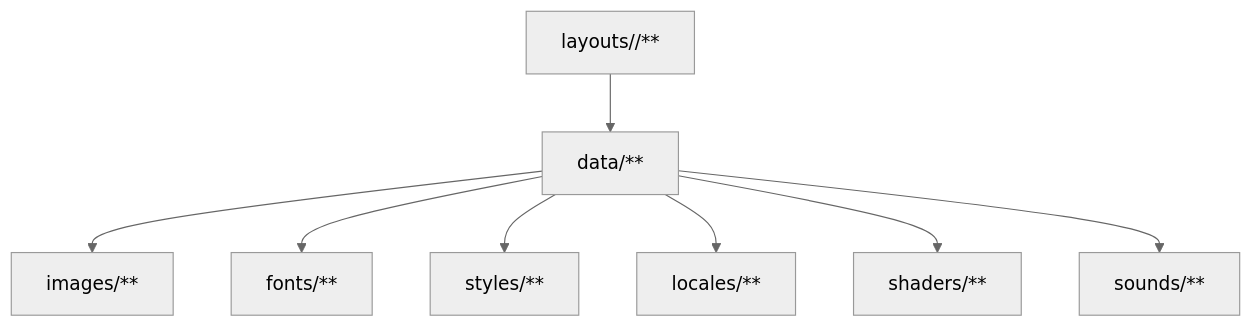
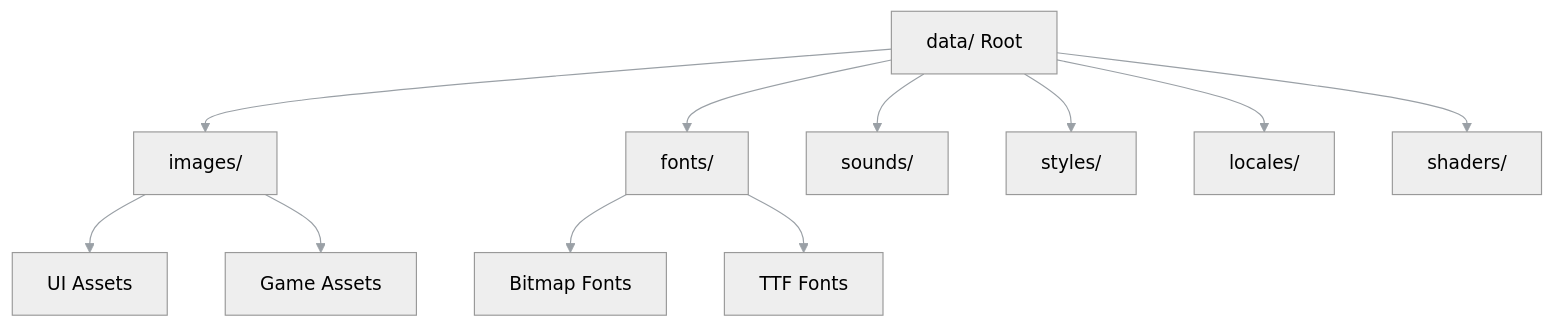
The diagram in docs/authoring/11_data/diagrams/data_overview.mmd (lukaszj321/otcv8-dev), drawn with Mermaid before and after one commit. The commit also changed 92 other files, not shown here.

```diff
--- a/docs/authoring/11_data/diagrams/data_overview.mmd
+++ b/docs/authoring/11_data/diagrams/data_overview.mmd
@@ -1,9 +1,12 @@
-%%{init: { 'theme': 'neutral' }}%%
-flowchart TD
-  DATA[data/**]-->IMAGES[images/**]
-  DATA-->FONTS[fonts/**]
-  DATA-->STYLES[styles/**]
-  DATA-->LOCALES[locales/**]
-  DATA-->SHADERS[shaders/**]
-  DATA-->SOUNDS[sounds/**]
-  LAYOUTS[layouts/<name>/**]-->DATA
+%%{init: { 'theme': 'neutral', 'themeVariables': { 'primaryTextColor': '#ddd', 'lineColor': '#9aa0a6' } }}%%
+graph TD
+    Data[data/ Root] --> Images[images/]
+    Data --> Fonts[fonts/]
+    Data --> Sounds[sounds/]
+    Data --> Styles[styles/]
+    Data --> Locales[locales/]
+    Data --> Shaders[shaders/]
+    Images --> UI[UI Assets]
+    Images --> Game[Game Assets]
+    Fonts --> Bitmap[Bitmap Fonts]
+    Fonts --> TTF[TTF Fonts]
```
